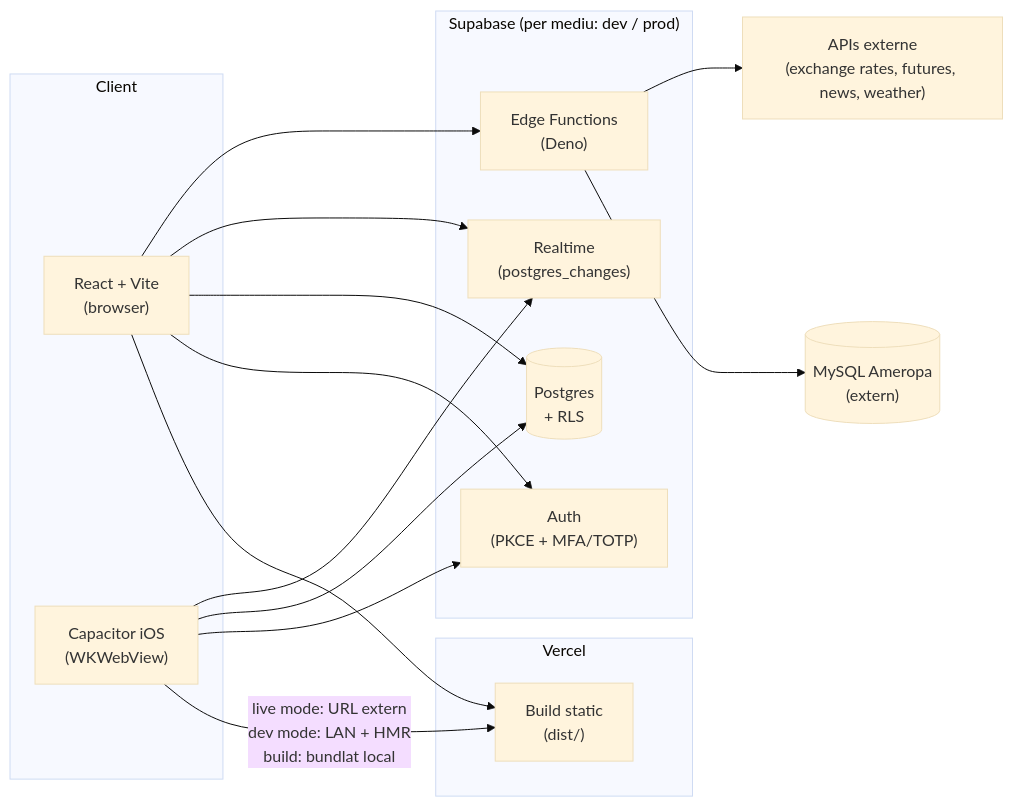
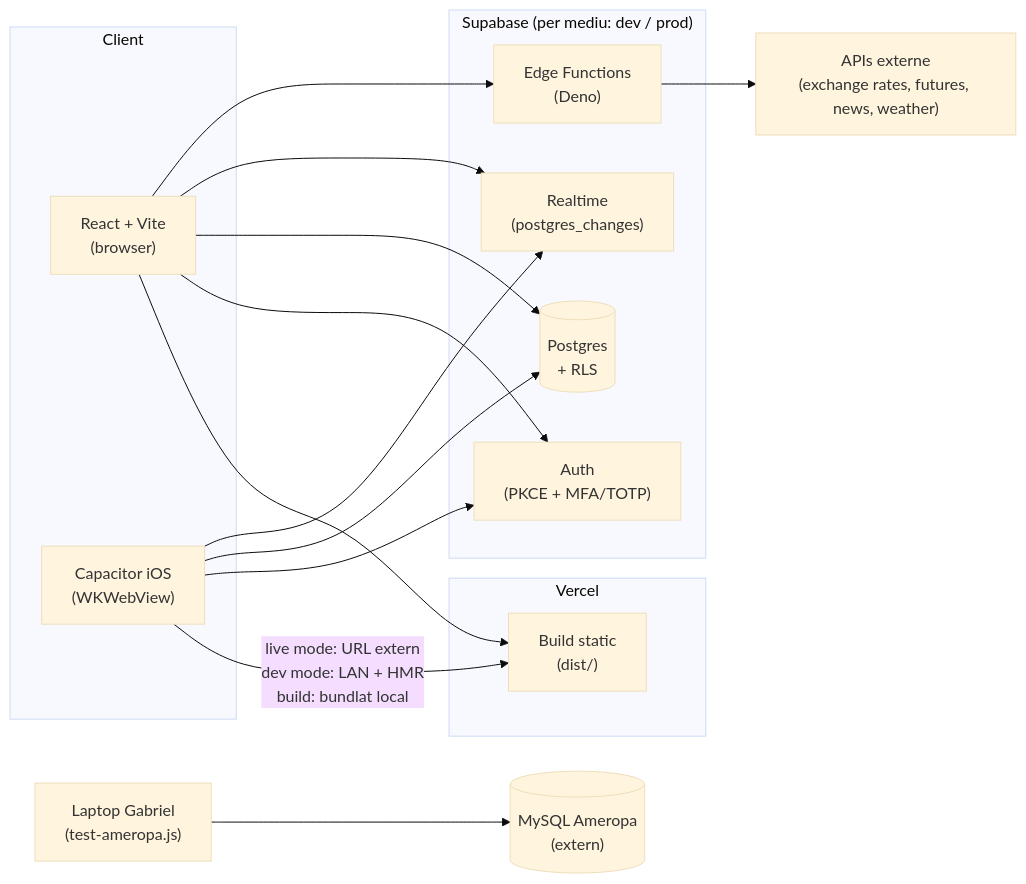
One commit to gsivriu/farmer-app changed the diagram in ARCHITECTURE.md. Above: the diagram before and after it, drawn with Mermaid (base theme). The commit also changed other lines of this file and 1 other file, not shown here.

First line of the commit message:
docs: MySQL secrets item was a false positive - nothing to move

````diff
--- a/ARCHITECTURE.md
+++ b/ARCHITECTURE.md
@@ -47,33 +47,34 @@
 ```mermaid
 flowchart LR
     subgraph Client["Client"]
         Web["React + Vite\n(browser)"]
         iOS["Capacitor iOS\n(WKWebView)"]
     end
 
     subgraph Vercel["Vercel"]
         Static["Build static\n(dist/)"]
     end
 
     subgraph Supabase["Supabase (per mediu: dev / prod)"]
         Auth["Auth\n(PKCE + MFA/TOTP)"]
         DB[("Postgres\n+ RLS")]
         RT["Realtime\n(postgres_changes)"]
         EF["Edge Functions\n(Deno)"]
     end
 
     MySQL[("MySQL Ameropa\n(extern)")]
     APIs["APIs externe\n(exchange rates, futures, news, weather)"]
+    Local["Laptop Gabriel\n(test-ameropa.js)"]
 
     Web --> Static
     iOS -- "live mode: URL extern\ndev mode: LAN + HMR\nbuild: bundlat local" --> Static
     Web --> Auth
     Web --> DB
     Web --> RT
     Web --> EF
     iOS --> Auth
     iOS --> DB
     iOS --> RT
-    EF --> MySQL
+    Local --> MySQL
     EF --> APIs
 ```
````
